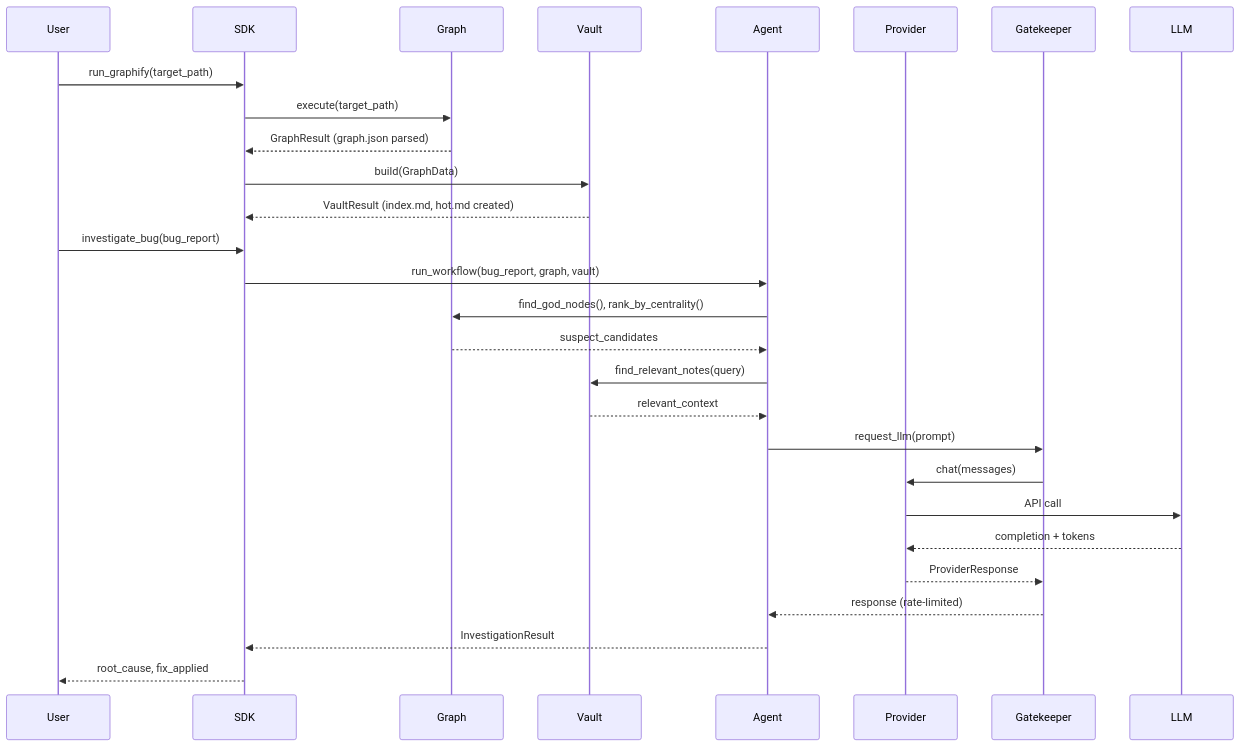
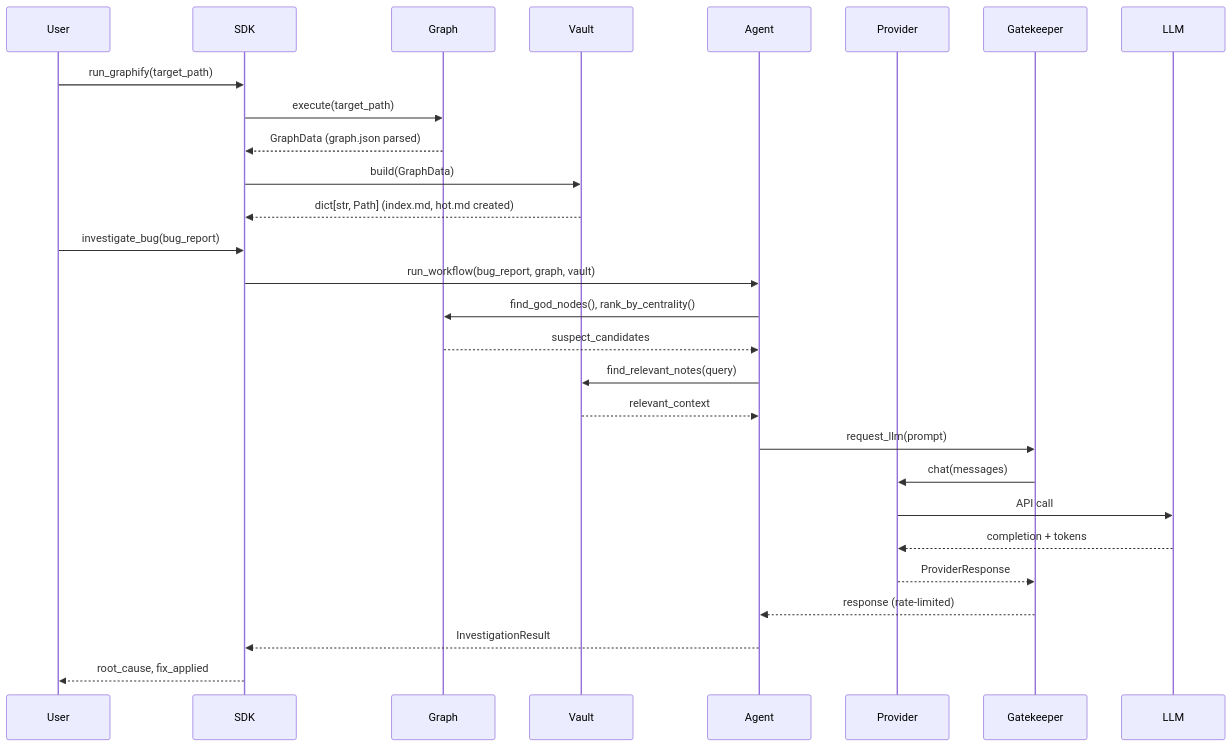
One commit to Us5rName/ai-orchestration-ex4-finding-bugs changed the seventh of 10 diagrams in docs/PLAN.md. Above: the diagram before and after it, drawn with Mermaid. The commit also changed other lines of this file and 2 other files, not shown here.

````diff
--- a/docs/PLAN.md
+++ b/docs/PLAN.md
@@ -779,37 +983,37 @@
 ```mermaid
 sequenceDiagram
     participant User
     participant SDK
     participant Graph
     participant Vault
     participant Agent
     participant Provider
     participant Gatekeeper
     participant LLM
 
     User->>SDK: run_graphify(target_path)
     SDK->>Graph: execute(target_path)
-    Graph-->>SDK: GraphResult (graph.json parsed)
+    Graph-->>SDK: GraphData (graph.json parsed)
 
     SDK->>Vault: build(GraphData)
-    Vault-->>SDK: VaultResult (index.md, hot.md created)
+    Vault-->>SDK: dict[str, Path] (index.md, hot.md created)
 
     User->>SDK: investigate_bug(bug_report)
     SDK->>Agent: run_workflow(bug_report, graph, vault)
 
     Agent->>Graph: find_god_nodes(), rank_by_centrality()
     Graph-->>Agent: suspect_candidates
 
     Agent->>Vault: find_relevant_notes(query)
     Vault-->>Agent: relevant_context
 
     Agent->>Gatekeeper: request_llm(prompt)
     Gatekeeper->>Provider: chat(messages)
     Provider->>LLM: API call
     LLM-->>Provider: completion + tokens
     Provider-->>Gatekeeper: ProviderResponse
     Gatekeeper-->>Agent: response (rate-limited)
 
     Agent-->>SDK: InvestigationResult
     SDK-->>User: root_cause, fix_applied
 ```
````
